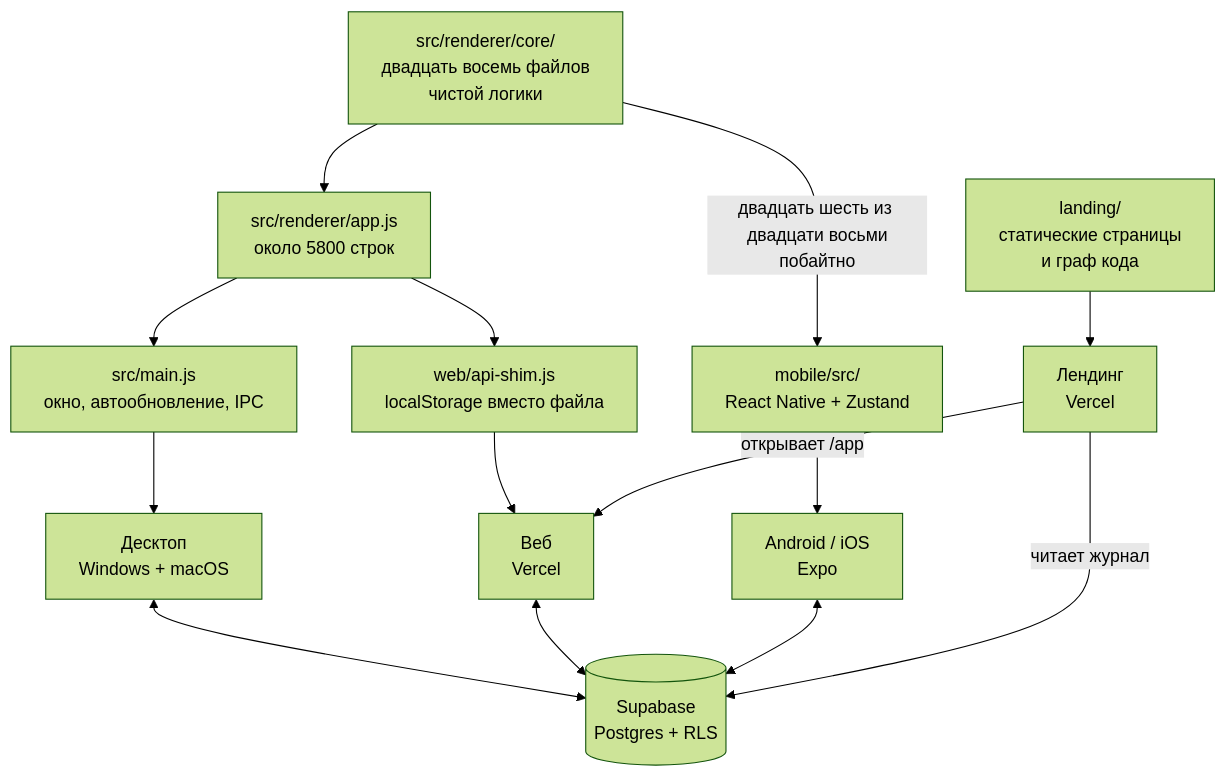
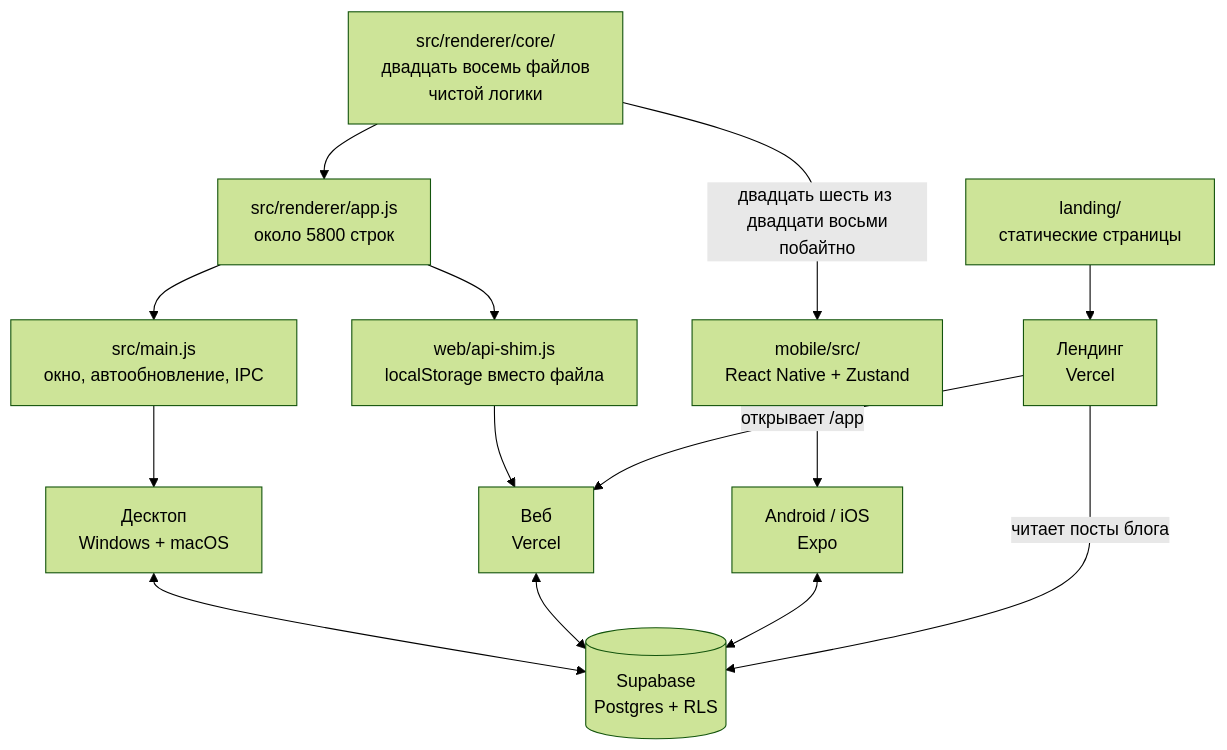
Before and after one commit to lancibleofficial/Lancible: the first of 6 diagrams in ARCHITECTURE.md, drawn with Mermaid (forest theme). The commit also changed other lines of this file and 140 other files, not shown here.

First line of the commit message:
Админ-панель; журнал, устройство и граф кода — в неё; статистика экранов, редакция 2026-10-23

````diff
--- a/ARCHITECTURE.md
+++ b/ARCHITECTURE.md
@@ -23,26 +24,26 @@
 ```mermaid
 graph TD
     CORE["src/renderer/core/<br/>двадцать восемь файлов<br/>чистой логики"]
 
     APP["src/renderer/app.js<br/>около 5800 строк"]
     MAIN["src/main.js<br/>окно, автообновление, IPC"]
     SHIM["web/api-shim.js<br/>localStorage вместо файла"]
     MOB["mobile/src/<br/>React Native + Zustand"]
-    LAND["landing/<br/>статические страницы<br/>и граф кода"]
+    LAND["landing/<br/>статические страницы"]
 
     CORE --> APP
     CORE -->|"двадцать шесть из двадцати восьми<br/>побайтно"| MOB
     APP --> MAIN
     APP --> SHIM
     MAIN --> DESK["Десктоп<br/>Windows + macOS"]
     SHIM --> WEB["Веб<br/>Vercel"]
     MOB --> ANDROID["Android / iOS<br/>Expo"]
     LAND --> SITE["Лендинг<br/>Vercel"]
 
     SB[("Supabase<br/>Postgres + RLS")]
     DESK <--> SB
     WEB <--> SB
     ANDROID <--> SB
-    SITE -->|"читает журнал"| SB
+    SITE -->|"читает посты блога"| SB
     SITE -->|"открывает /app"| WEB
 ```
````
